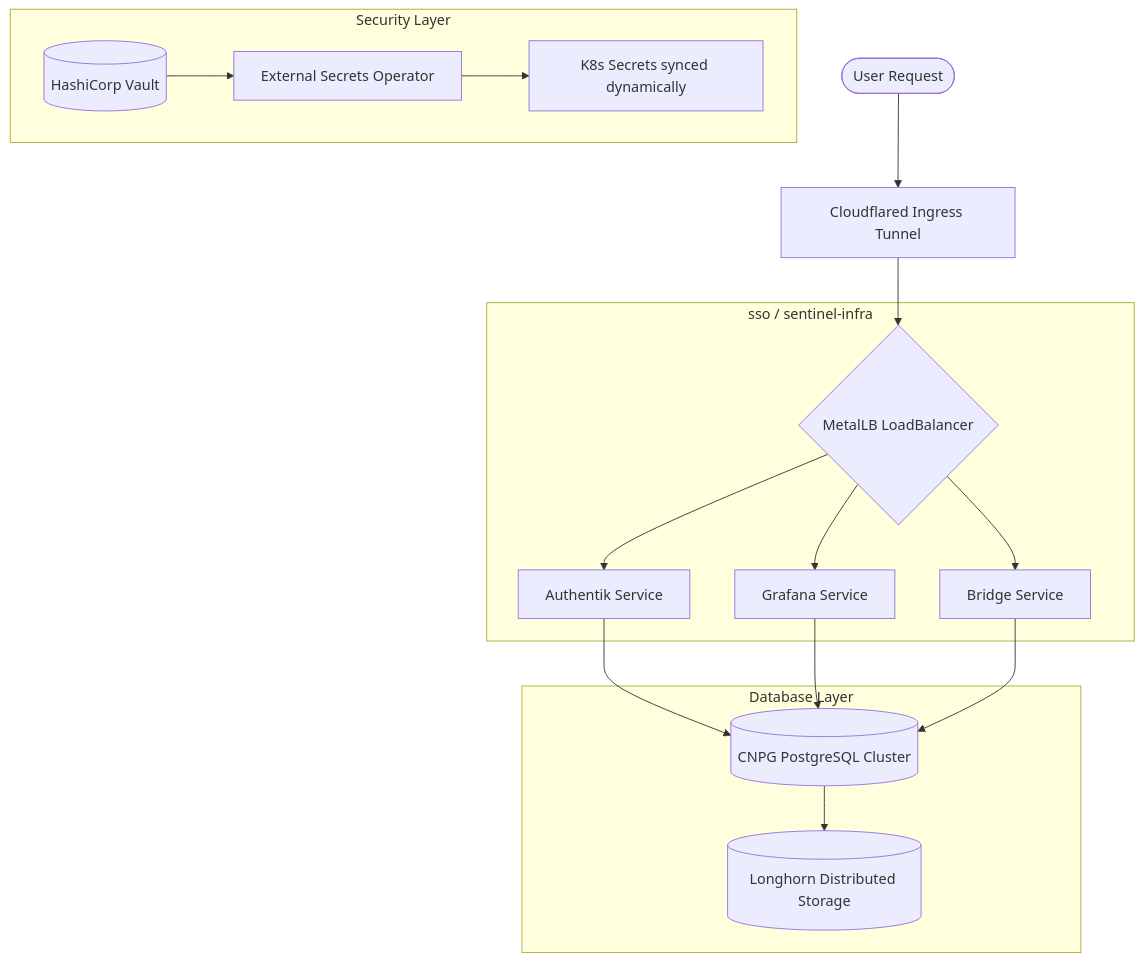
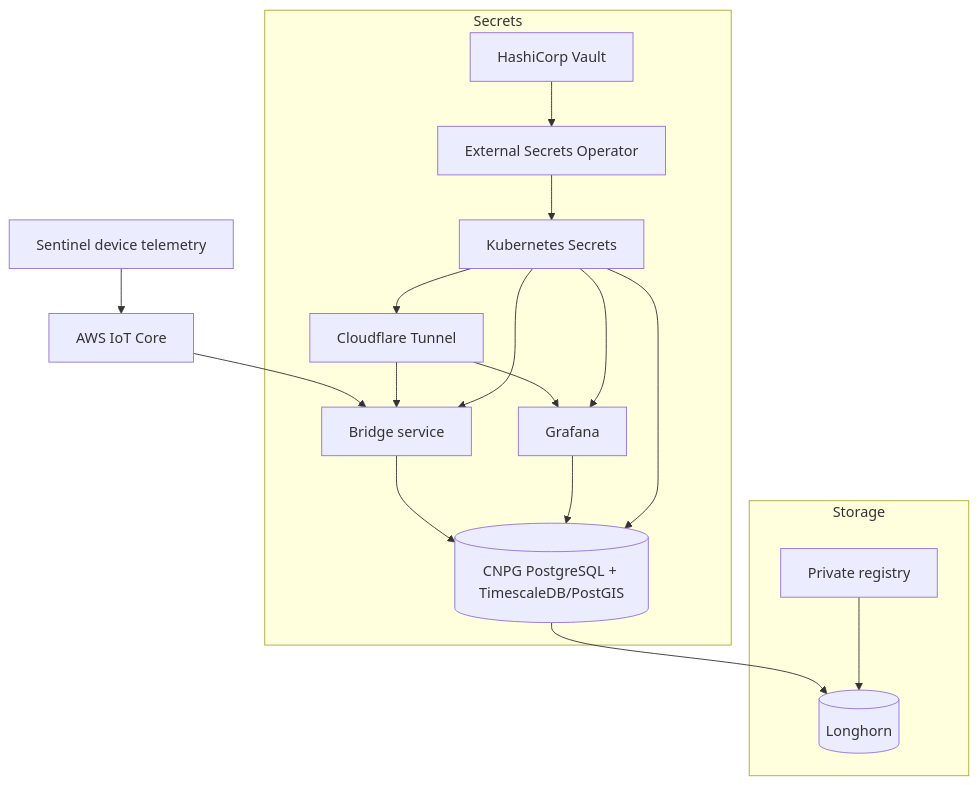
Before and after one commit to akubima/sentinel-infra: the diagram in README.md, drawn with Mermaid. The commit also changed other lines of this file, not shown here.

````diff
--- a/README.md
+++ b/README.md
@@ -17,23 +12,23 @@
 ```mermaid
 graph TD
-    User([User Request]) --> Cloudflared[Cloudflared Ingress Tunnel]
-    Cloudflared --> MetalLB{MetalLB LoadBalancer}
-    
-    subgraph Application & Gateway [sso / sentinel-infra]
-        MetalLB --> ServiceAuthentik[Authentik Service]
-        MetalLB --> ServiceGrafana[Grafana Service]
-        MetalLB --> ServiceBridge[Bridge Service]
+    Device[Sentinel device telemetry] --> AWSIoT[AWS IoT Core]
+    AWSIoT --> Bridge[Bridge service]
+    Bridge --> Postgres[(CNPG PostgreSQL + TimescaleDB/PostGIS)]
+    Grafana[Grafana] --> Postgres
+    Cloudflared[Cloudflare Tunnel] --> Grafana
+    Cloudflared --> Bridge
+
+    subgraph Secrets
+        Vault[HashiCorp Vault] --> ESO[External Secrets Operator]
+        ESO --> K8sSecrets[Kubernetes Secrets]
+        K8sSecrets --> Bridge
+        K8sSecrets --> Grafana
+        K8sSecrets --> Postgres
+        K8sSecrets --> Cloudflared
     end
 
-    subgraph Database Layer
-        ServiceAuthentik --> PGCluster[(CNPG PostgreSQL Cluster)]
-        ServiceGrafana --> PGCluster
-        ServiceBridge --> PGCluster
-        PGCluster --> Longhorn[(Longhorn Distributed Storage)]
-    end
-
-    subgraph Security Layer
-        Vault[(HashiCorp Vault)] --> ESO[External Secrets Operator]
-        ESO --> SecretsReady[K8s Secrets synced dynamically]
+    subgraph Storage
+        Postgres --> Longhorn[(Longhorn)]
+        Registry[Private registry] --> Longhorn
     end
 ```
````
